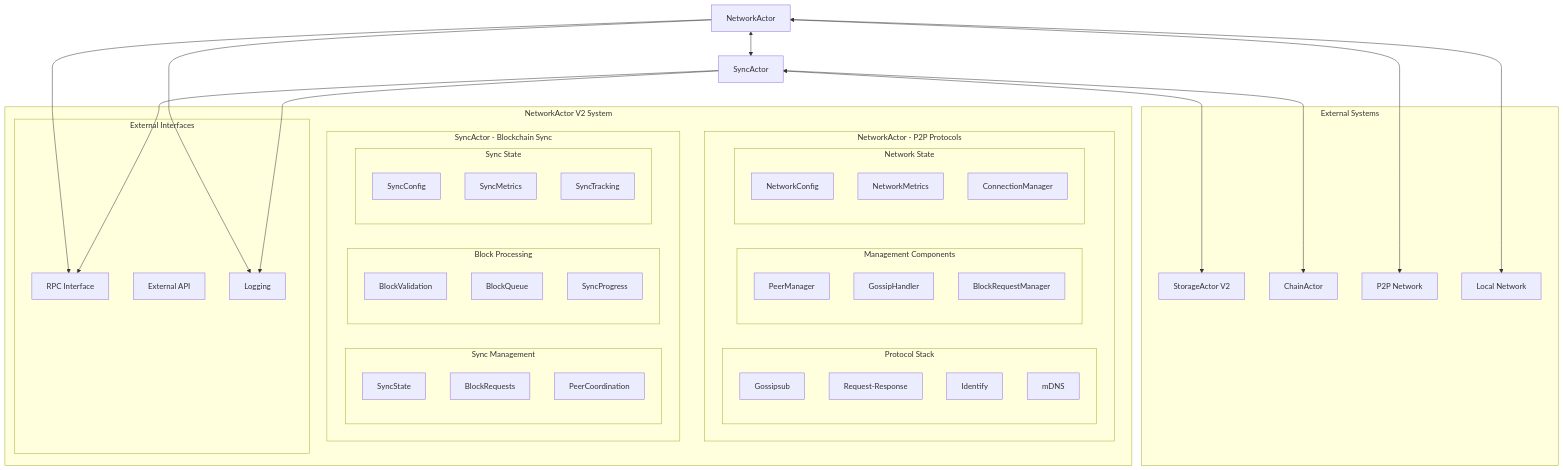
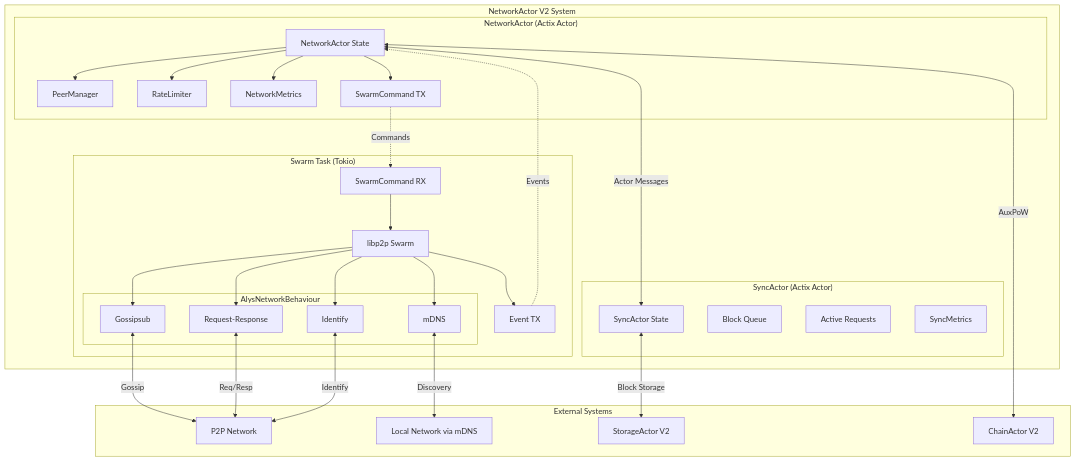
One commit to AnduroProject/alys changed the second of 9 diagrams in docs/v2_alpha/actors/network/onboarding.knowledge.book.md. Above: the diagram before and after it, drawn with Mermaid. The commit also changed other lines of this file, not shown here.

First line of the commit message:
docs: update onboarding knowledge book for NetworkActor V2

````diff
--- a/docs/v2_alpha/actors/network/onboarding.knowledge.book.md
+++ b/docs/v2_alpha/actors/network/onboarding.knowledge.book.md
@@ -124,69 +139,63 @@
 ```mermaid
 graph TB
     subgraph "NetworkActor V2 System"
-        subgraph "NetworkActor - P2P Protocols"
-            subgraph "Protocol Stack"
-                G[Gossipsub]
+        subgraph "NetworkActor (Actix Actor)"
+            NA[NetworkActor State]
+            PM[PeerManager]
+            RL[RateLimiter]
+            MET[NetworkMetrics]
+            CMD_TX[SwarmCommand TX]
+        end
+
+        subgraph "Swarm Task (Tokio)"
+            SWARM[libp2p Swarm]
+            CMD_RX[SwarmCommand RX]
+            EVT_TX[Event TX]
+
+            subgraph "AlysNetworkBehaviour"
+                GS[Gossipsub]
                 RR[Request-Response]
-                I[Identify]
-                M[mDNS]
-            end
-
-            subgraph "Management Components"
-                PM[PeerManager]
-                GH[GossipHandler]
-                BRM[BlockRequestManager]
-            end
-
-            subgraph "Network State"
-                NC[NetworkConfig]
-                NM[NetworkMetrics]
-                CM[ConnectionManager]
+                ID[Identify]
+                MD[mDNS]
             end
         end
 
-        subgraph "SyncActor - Blockchain Sync"
-            subgraph "Sync Management"
-                SS[SyncState]
-                BR[BlockRequests]
-                PC[PeerCoordination]
-            end
-
-            subgraph "Block Processing"
-                BV[BlockValidation]
-                BQ[BlockQueue]
-                SP[SyncProgress]
-            end
-
-            subgraph "Sync State"
-                SC[SyncConfig]
-                SM[SyncMetrics]
-                ST[SyncTracking]
-            end
+        subgraph "SyncActor (Actix Actor)"
+            SA[SyncActor State]
+            BQ[Block Queue]
+            AR[Active Requests]
+            SM[SyncMetrics]
         end
 
-        subgraph "External Interfaces"
-            RPC[RPC Interface]
-            API[External API]
-            LOGS[Logging]
-        end
+        NA --> CMD_TX
+        CMD_TX -.->|Commands| CMD_RX
+        CMD_RX --> SWARM
+        SWARM --> EVT_TX
+        EVT_TX -.->|Events| NA
+
+        SWARM --> GS
+        SWARM --> RR
+        SWARM --> ID
+        SWARM --> MD
+
+        NA <-->|Actor Messages| SA
+        NA --> PM
+        NA --> RL
+        NA --> MET
     end
 
     subgraph "External Systems"
-        SA[StorageActor V2]
-        CA[ChainActor]
-        PN[P2P Network]
-        LN[Local Network]
+        P2P[P2P Network]
+        LN[Local Network via mDNS]
+        STOR[StorageActor V2]
+        CHAIN[ChainActor V2]
     end
 
-    NetworkActor <--> SyncActor
-    NetworkActor <--> PN
-    NetworkActor <--> LN
-    SyncActor <--> SA
-    SyncActor <--> CA
+    GS <-->|Gossip| P2P
+    RR <-->|Req/Resp| P2P
+    ID <-->|Identify| P2P
+    MD <-->|Discovery| LN
 
-    NetworkActor --> RPC
-    SyncActor --> RPC
-    NetworkActor --> LOGS
-    SyncActor --> LOGS
+    SA <-->|Block Storage| STOR
+    NA <-->|AuxPoW| CHAIN
 ```
````
